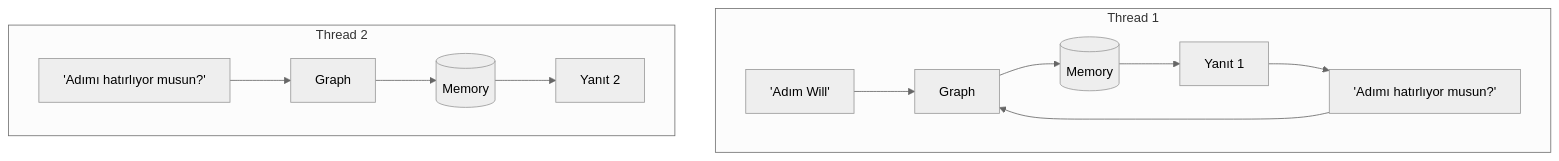
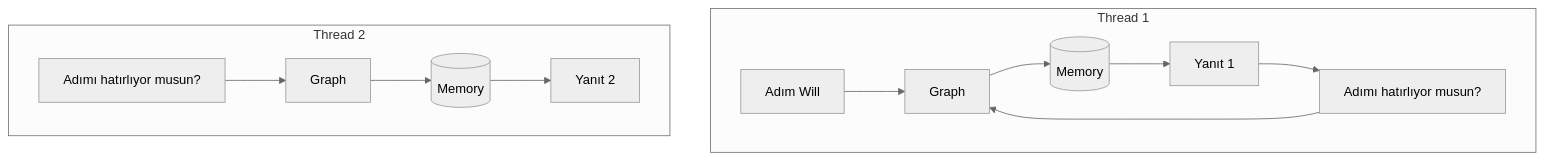
One commit to emredeveloper/Agents-Notebooks changed the second of 4 diagrams in README.md. Above: the diagram before and after it, drawn with Mermaid (neutral theme). The commit also changed other lines of this file, not shown here.

````diff
--- a/README.md
+++ b/README.md
@@ -21,14 +19,15 @@
 ```mermaid
 flowchart TB
-	subgraph T1[Thread 1]
-		Name['Adım Will'] --> G1[Graph]
-		G1 --> M1[(Memory)]
-		M1 --> A1[Yanıt 1]
-		A1 --> Recall['Adımı hatırlıyor musun?'] --> G1
-	end
-	subgraph T2[Thread 2]
-		Recall2['Adımı hatırlıyor musun?'] --> G2[Graph]
-		G2 --> M2[(Memory)]
-		M2 --> A2[Yanıt 2]
-	end
+    subgraph T1[Thread 1]
+        Name[Adım Will] --> G1[Graph]
+        G1 --> M1[(Memory)]
+        M1 --> A1[Yanıt 1]
+        A1 --> Recall[Adımı hatırlıyor musun?]
+        Recall --> G1
+    end
+    subgraph T2[Thread 2]
+        Recall2[Adımı hatırlıyor musun?] --> G2[Graph]
+        G2 --> M2[(Memory)]
+        M2 --> A2[Yanıt 2]
+    end
 ```
````
